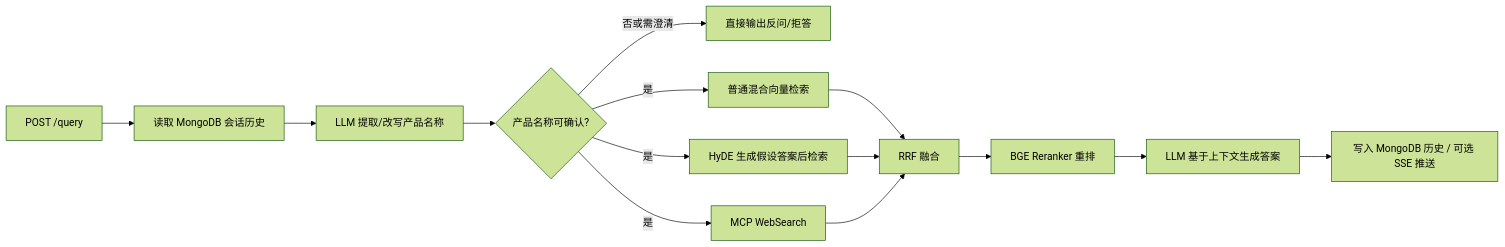
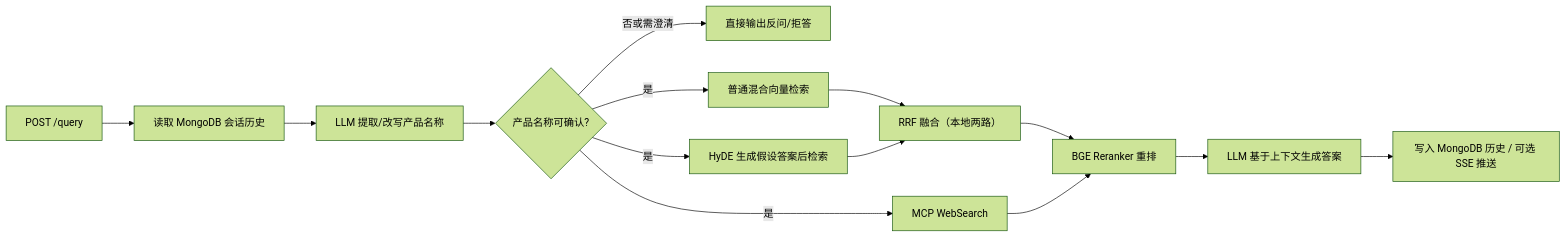
Before and after one commit to Mark66616/dataset_rag: the second of 2 diagrams in README.md, drawn with Mermaid (forest theme). The commit also changed other lines of this file and 2 other files, not shown here.

````diff
--- a/README.md
+++ b/README.md
@@ -60,16 +60,16 @@
 ```mermaid
 flowchart LR
     A[POST /query] --> B[读取 MongoDB 会话历史]
     B --> C[LLM 提取/改写产品名称]
     C --> D{产品名称可确认?}
     D -->|否或需澄清| E[直接输出反问/拒答]
     D -->|是| F1[普通混合向量检索]
     D -->|是| F2[HyDE 生成假设答案后检索]
     D -->|是| F3[MCP WebSearch]
-    F1 --> G[RRF 融合]
+    F1 --> G[RRF 融合（本地两路）]
     F2 --> G
-    F3 --> G
     G --> H[BGE Reranker 重排]
+    F3 --> H
     H --> I[LLM 基于上下文生成答案]
     I --> J[写入 MongoDB 历史 / 可选 SSE 推送]
 ```
````
